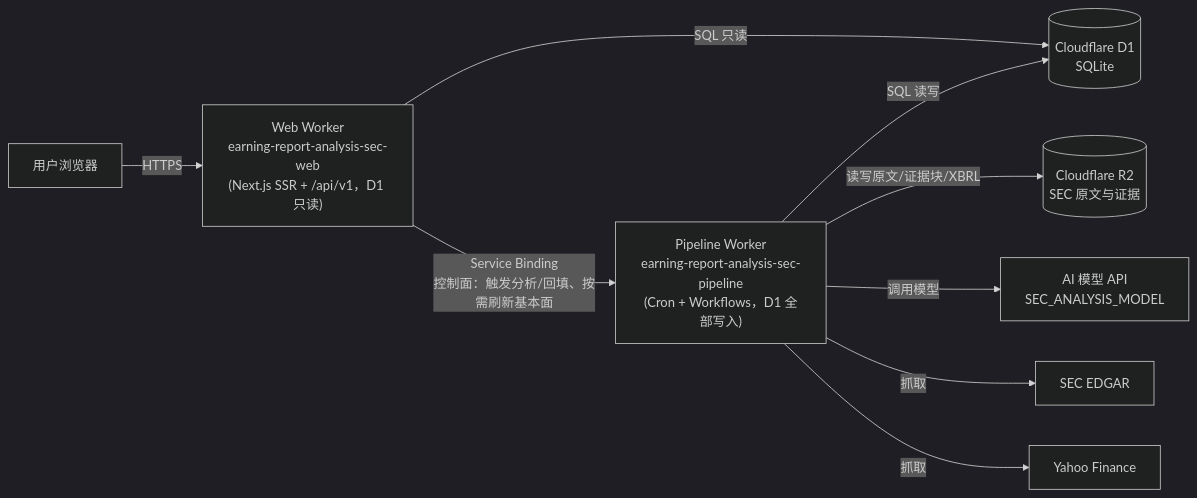
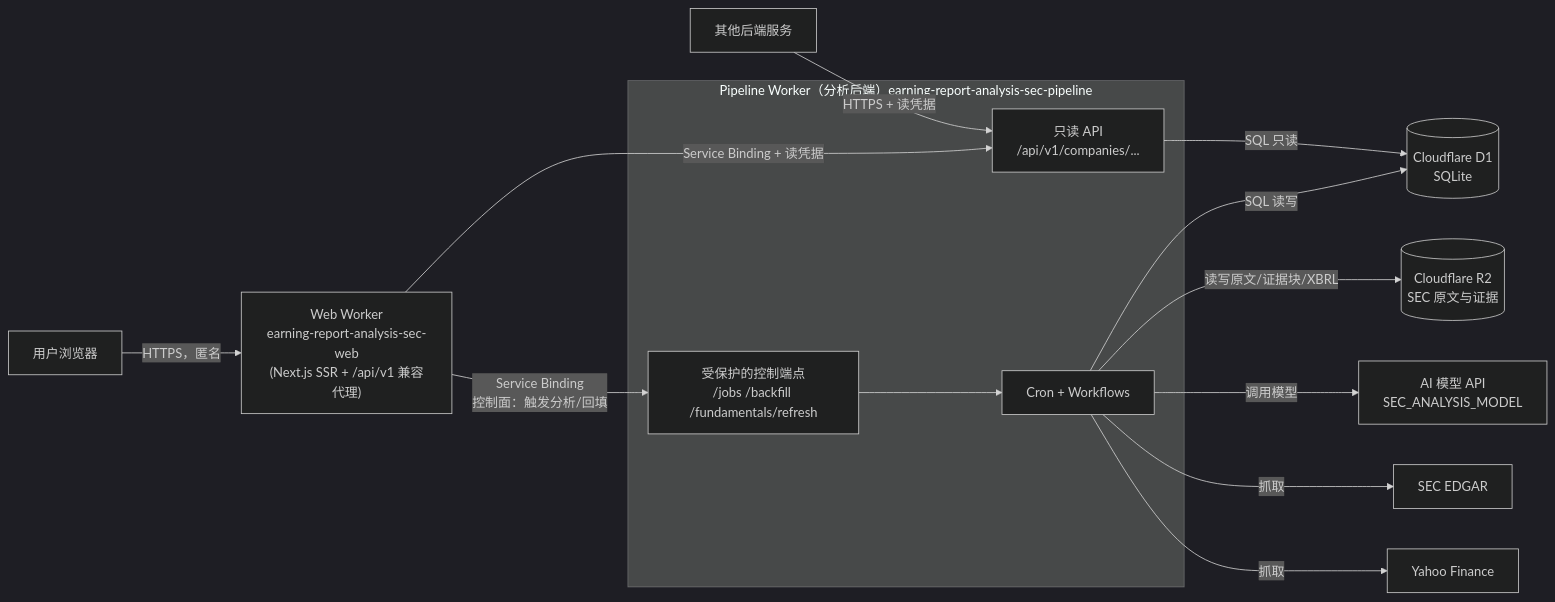
One commit to Paikchu/earning-report-analysis changed the diagram in README.md. Above: the diagram before and after it, drawn with Mermaid (dark theme). The commit also changed other lines of this file and 113 other files, not shown here.

````diff
--- a/README.md
+++ b/README.md
@@ -33,11 +35,19 @@
 ```mermaid
 flowchart LR
-    User["用户浏览器"] -->|HTTPS| Web["Web Worker\nearning-report-analysis-sec-web\n(Next.js SSR + /api/v1，D1 只读)"]
-    Web -->|SQL 只读| D1[("Cloudflare D1\nSQLite")]
-    Web -->|Service Binding\n控制面：触发分析/回填、按需刷新基本面| Pipeline["Pipeline Worker\nearning-report-analysis-sec-pipeline\n(Cron + Workflows，D1 全部写入)"]
-    Pipeline -->|SQL 读写| D1
-    Pipeline -->|读写原文/证据块/XBRL| R2[("Cloudflare R2\nSEC 原文与证据")]
-    Pipeline -->|调用模型| AI["AI 模型 API\nSEC_ANALYSIS_MODEL"]
-    Pipeline -->|抓取| EDGAR["SEC EDGAR"]
-    Pipeline -->|抓取| Yahoo["Yahoo Finance"]
+    User["用户浏览器"] -->|HTTPS，匿名| Web["Web Worker\nearning-report-analysis-sec-web\n(Next.js SSR + /api/v1 兼容代理)"]
+    Other["其他后端服务"] -->|HTTPS + 读凭据| ReadAPI
+    Web -->|Service Binding + 读凭据| ReadAPI["只读 API\n/api/v1/companies/..."]
+    Web -->|Service Binding\n控制面：触发分析/回填| Control["受保护的控制端点\n/jobs /backfill /fundamentals/refresh"]
+    subgraph Pipeline["Pipeline Worker（分析后端）earning-report-analysis-sec-pipeline"]
+        ReadAPI
+        Control
+        Cron["Cron + Workflows"]
+    end
+    ReadAPI -->|SQL 只读| D1[("Cloudflare D1\nSQLite")]
+    Control --> Cron
+    Cron -->|SQL 读写| D1
+    Cron -->|读写原文/证据块/XBRL| R2[("Cloudflare R2\nSEC 原文与证据")]
+    Cron -->|调用模型| AI["AI 模型 API\nSEC_ANALYSIS_MODEL"]
+    Cron -->|抓取| EDGAR["SEC EDGAR"]
+    Cron -->|抓取| Yahoo["Yahoo Finance"]
 ```
````
